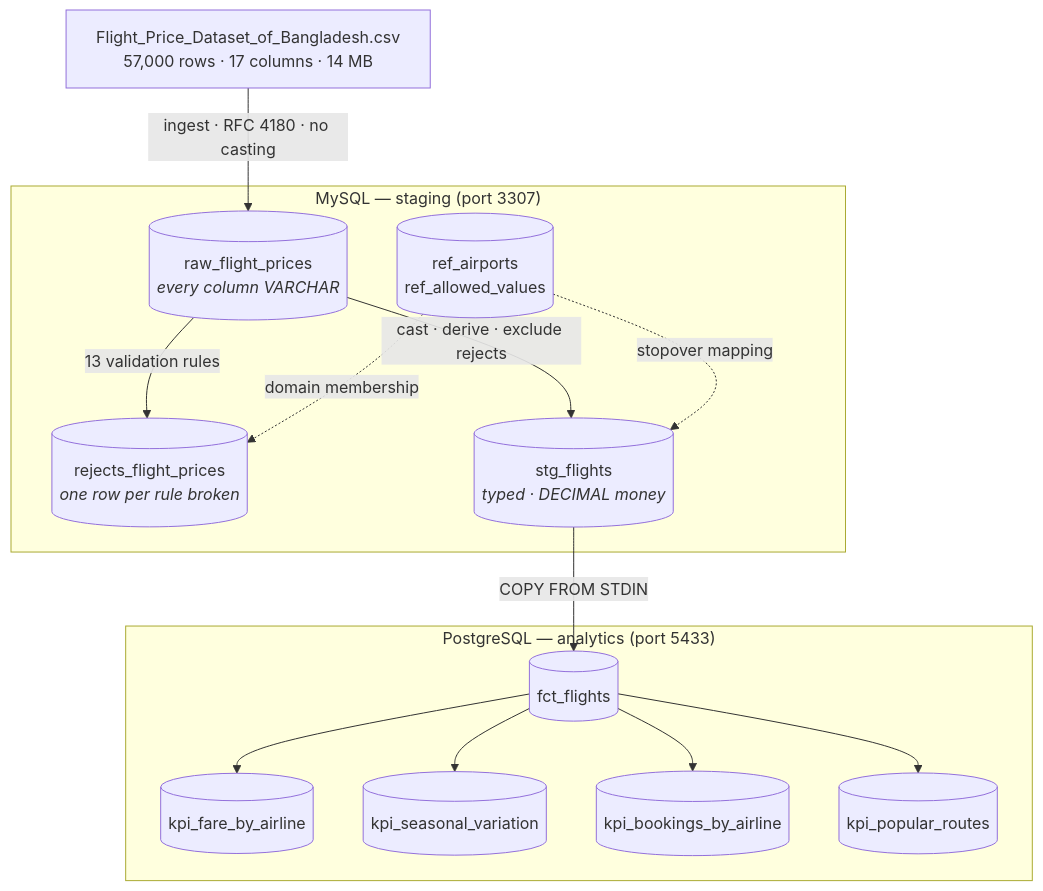
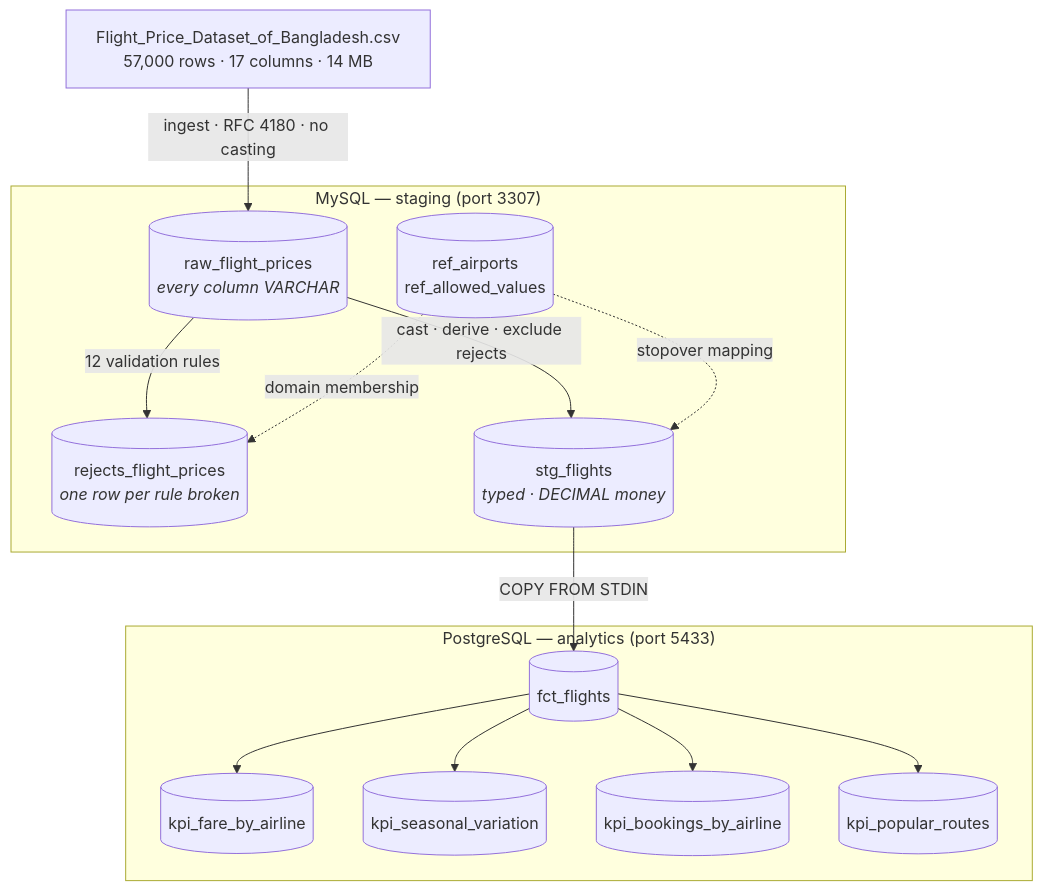
The diagram in README.md (josephforson285/airflow-flight-price-analysis), drawn with Mermaid before and after one commit. The commit also changed 7 other files, not shown here.

````diff
--- a/README.md
+++ b/README.md
@@ -52,31 +52,31 @@
 ```mermaid
 flowchart TD
     CSV["Flight_Price_Dataset_of_Bangladesh.csv<br>57,000 rows · 17 columns · 14 MB"]
 
     subgraph staging["MySQL — staging (port 3307)"]
         RAW[("raw_flight_prices<br><i>every column VARCHAR</i>")]
         REJ[("rejects_flight_prices<br><i>one row per rule broken</i>")]
         STG[("stg_flights<br><i>typed · DECIMAL money</i>")]
         REF[("ref_airports<br>ref_allowed_values")]
     end
 
     subgraph analytics["PostgreSQL — analytics (port 5433)"]
         FCT[("fct_flights")]
         K1[("kpi_fare_by_airline")]
         K2[("kpi_seasonal_variation")]
         K3[("kpi_bookings_by_airline")]
         K4[("kpi_popular_routes")]
     end
 
     CSV -->|"ingest · RFC 4180 · no casting"| RAW
-    RAW -->|"13 validation rules"| REJ
+    RAW -->|"12 validation rules"| REJ
     RAW -->|"cast · derive · exclude rejects"| STG
     STG -->|"COPY FROM STDIN"| FCT
 
     REF -. "domain membership" .-> REJ
     REF -. "stopover mapping" .-> STG
     FCT --> K1
     FCT --> K2
     FCT --> K3
     FCT --> K4
 ```
````
